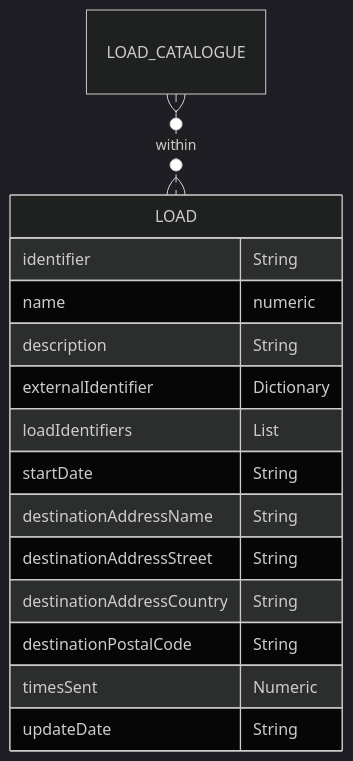
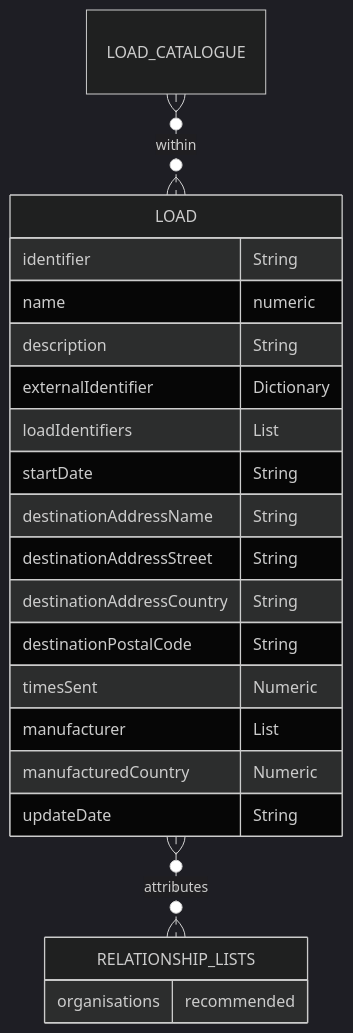
Before and after one commit to OpenDataManchester/Open3P: the diagram in docs/3_Data_Specification/3_7_Load.md, drawn with Mermaid (dark theme). The commit also changed other lines of this file, not shown here.

Commit message:
Added organisation to load

````diff
--- a/docs/3_Data_Specification/3_7_Load.md
+++ b/docs/3_Data_Specification/3_7_Load.md
@@ -29,18 +30,24 @@
 ``` mermaid
 erDiagram
 LOAD_CATALOGUE }o..o{ LOAD : within
   LOAD {
     identifier String
     name numeric
     description String
     externalIdentifier Dictionary
     loadIdentifiers List
     startDate String
     destinationAddressName String
     destinationAddressStreet String
     destinationAddressCountry String
     destinationPostalCode String
     timesSent Numeric
+    manufacturer List
+    manufacturedCountry Numeric
     updateDate String
   }
+  LOAD }o..o{ RELATIONSHIP_LISTS : attributes
+        RELATIONSHIP_LISTS {
+    organisations recommended
+    }
 ```
````
